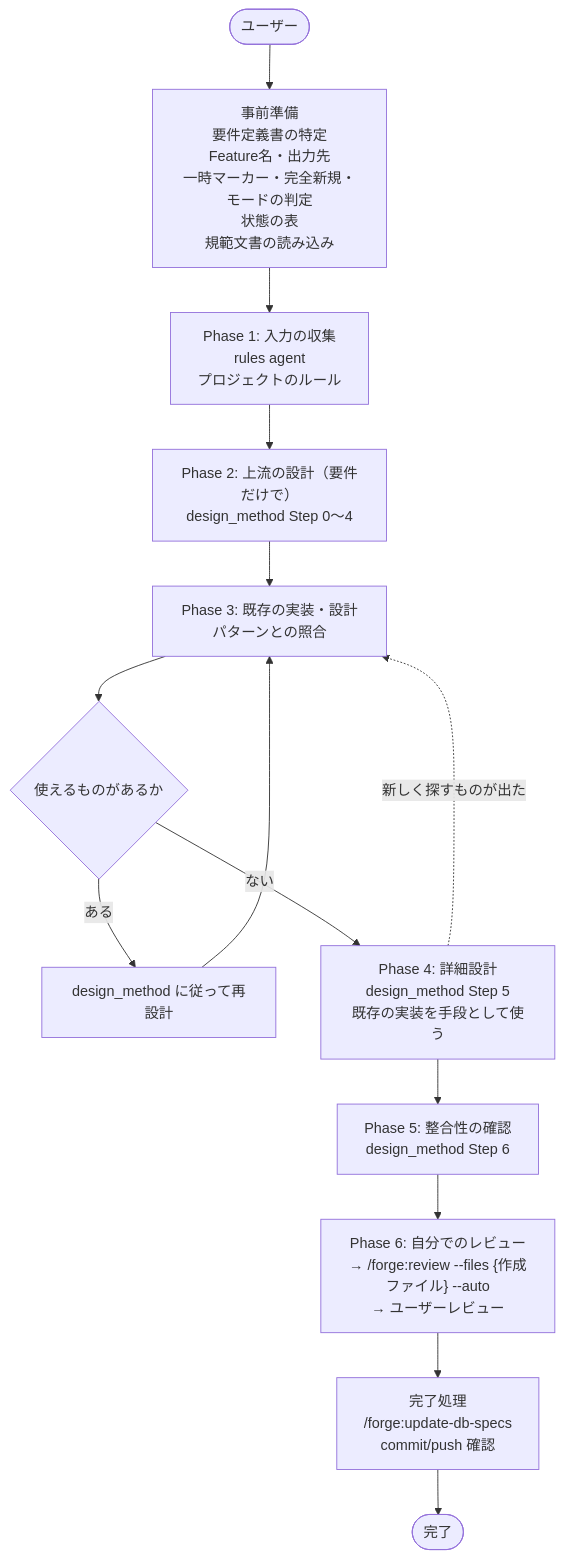
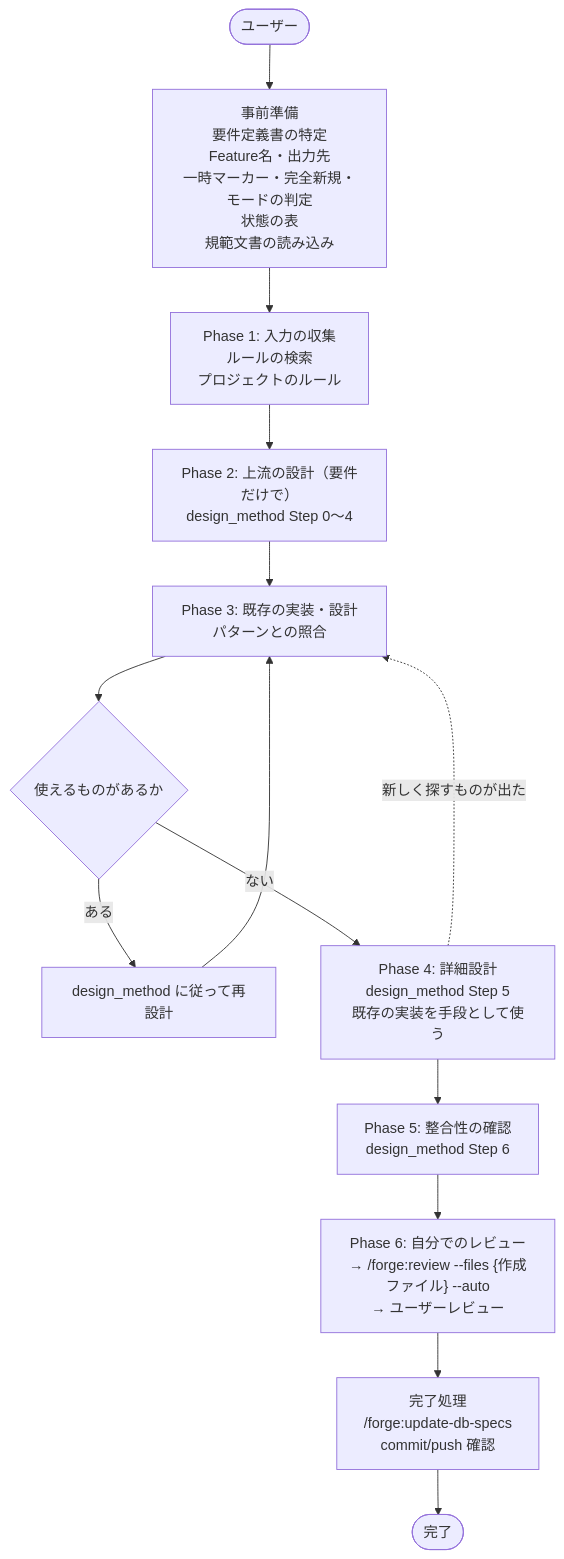
The diagram in docs/specs/forge/design/DES-018_create_design_workflow_design.md (BlueEventHorizon/sdd-forge), drawn with Mermaid before and after one commit. The commit also changed other lines of this file and 30 other files, not shown here.

````diff
--- a/docs/specs/forge/design/DES-018_create_design_workflow_design.md
+++ b/docs/specs/forge/design/DES-018_create_design_workflow_design.md
@@ -18,26 +18,26 @@
 ```mermaid
 flowchart TD
     User([ユーザー]) --> PREREQ
 
     PREREQ["事前準備<br>要件定義書の特定<br>Feature名・出力先<br>一時マーカー・完全新規・モードの判定<br>状態の表<br>規範文書の読み込み"] --> COLLECT
 
-    COLLECT["Phase 1: 入力の収集<br>rules agent<br>プロジェクトのルール"]
+    COLLECT["Phase 1: 入力の収集<br>ルールの検索<br>プロジェクトのルール"]
 
     COLLECT --> DESIGN
 
     DESIGN["Phase 2: 上流の設計（要件だけで）<br>design_method Step 0〜4"] --> MATCH
 
     MATCH["Phase 3: 既存の実装・設計パターンとの照合"] --> FOUND{使えるものがあるか}
     FOUND -->|"ある"| REDESIGN["design_method に従って再設計"]
     REDESIGN --> MATCH
     FOUND -->|"ない"| DETAIL
 
     DETAIL["Phase 4: 詳細設計<br>design_method Step 5<br>既存の実装を手段として使う"] --> CHECK
     DETAIL -.->|"新しく探すものが出た"| MATCH
 
     CHECK["Phase 5: 整合性の確認<br>design_method Step 6"] --> REVIEW
 
     REVIEW["Phase 6: 自分でのレビュー<br>→ /forge:review --files {作成ファイル} --auto<br>→ ユーザーレビュー"] --> FINISH
 
     FINISH["完了処理<br>/forge:update-db-specs<br>commit/push 確認"] --> Done([完了])
 ```
````
